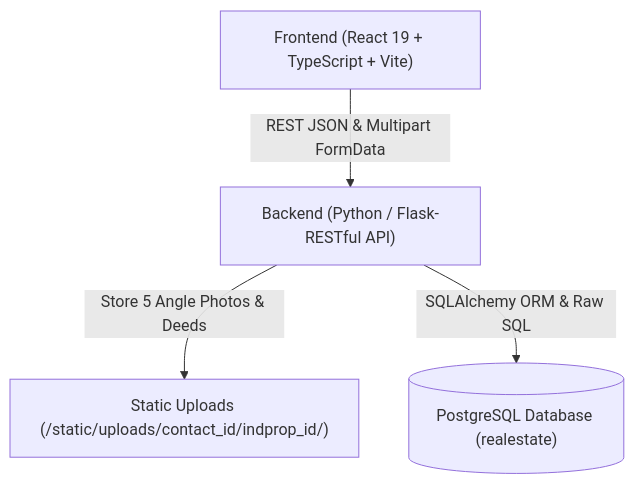
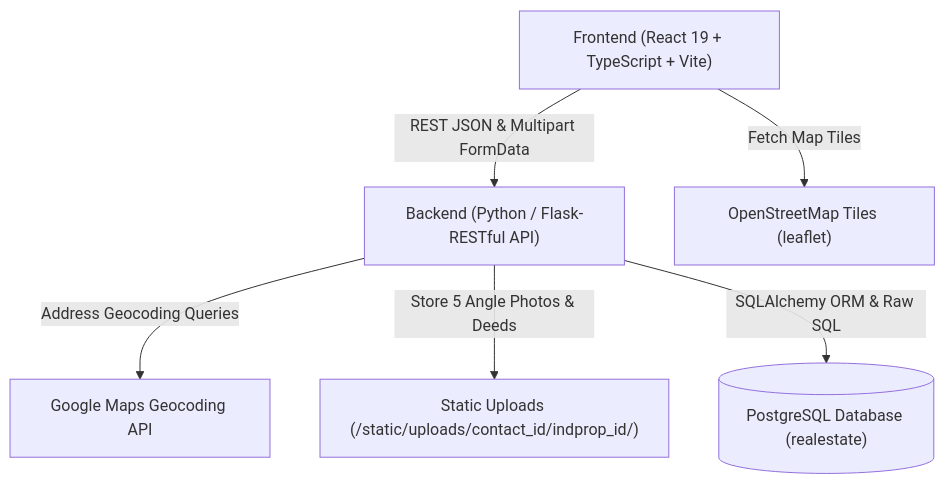
The second of 3 diagrams in README.md (Anantbhardwaj2003/ProjectRE), drawn with Mermaid before and after one commit. The commit also changed other lines of this file, not shown here.

````diff
--- a/README.md
+++ b/README.md
@@ -170,11 +186,15 @@
 ```mermaid
 graph TD
     Client["Frontend (React 19 + TypeScript + Vite)"]
     API["Backend (Python / Flask-RESTful API)"]
+    GoogleMaps["Google Maps Geocoding API"]
+    OSM["OpenStreetMap Tiles (leaflet)"]
     Uploads["Static Uploads (/static/uploads/contact_id/indprop_id/)"]
     DB[("PostgreSQL Database (realestate)")]
 
     Client -- "REST JSON & Multipart FormData" --> API
+    API -- "Address Geocoding Queries" --> GoogleMaps
+    Client -- "Fetch Map Tiles" --> OSM
     API -- "Store 5 Angle Photos & Deeds" --> Uploads
     API -- "SQLAlchemy ORM & Raw SQL" --> DB
 ```
````
